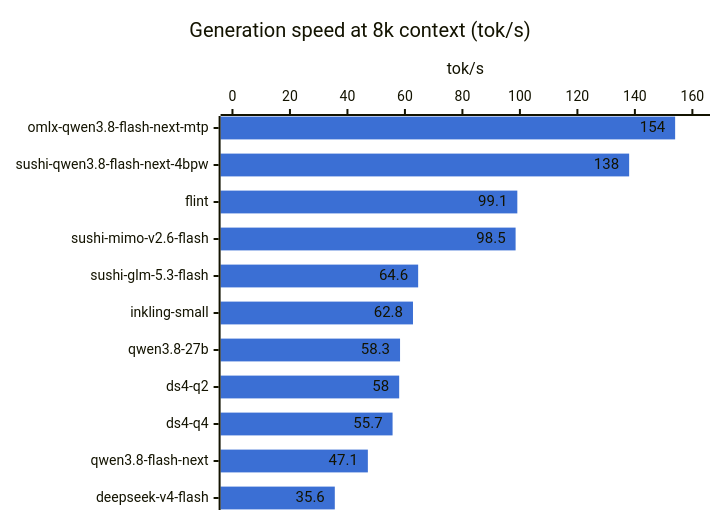
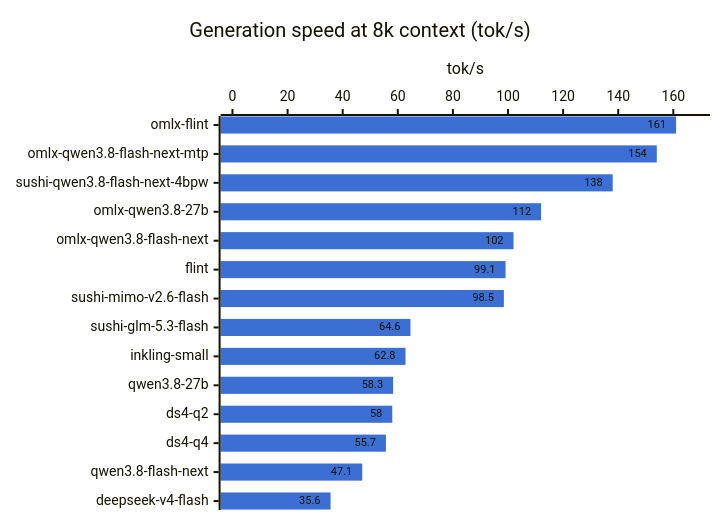
One commit to hofftodd/ai-bench changed the second of 2 diagrams in RESULTS-mac.md. Above: the diagram before and after it, drawn with Mermaid. The commit also changed other lines of this file and 6 other files, not shown here.

First line of the commit message:
Results: flint and qwen3.8-27b on oMLX; oMLX is the Mac default

````diff
--- a/RESULTS-mac.md
+++ b/RESULTS-mac.md
@@ -42,8 +45,8 @@
 ```mermaid
 %%{init: {"xyChart": {"showDataLabel": true}, "themeVariables": {"xyChart": {"plotColorPalette": "#3b6fd4"}}}}%%
 xychart-beta horizontal
     title "Generation speed at 8k context (tok/s)"
-    x-axis ["omlx-qwen3.8-flash-next-mtp", "sushi-qwen3.8-flash-next-4bpw", "flint", "sushi-mimo-v2.6-flash", "sushi-glm-5.3-flash", "inkling-small", "qwen3.8-27b", "ds4-q2", "ds4-q4", "qwen3.8-flash-next", "deepseek-v4-flash"]
-    y-axis "tok/s" 0 --> 162
-    bar [154.0, 138.0, 99.1, 98.5, 64.6, 62.8, 58.3, 58.0, 55.7, 47.1, 35.6]
+    x-axis ["omlx-flint", "omlx-qwen3.8-flash-next-mtp", "sushi-qwen3.8-flash-next-4bpw", "omlx-qwen3.8-27b", "omlx-qwen3.8-flash-next", "flint", "sushi-mimo-v2.6-flash", "sushi-glm-5.3-flash", "inkling-small", "qwen3.8-27b", "ds4-q2", "ds4-q4", "qwen3.8-flash-next", "deepseek-v4-flash"]
+    y-axis "tok/s" 0 --> 169
+    bar [161.0, 154.0, 138.0, 112.0, 102.0, 99.1, 98.5, 64.6, 62.8, 58.3, 58.0, 55.7, 47.1, 35.6]
 ```
````
